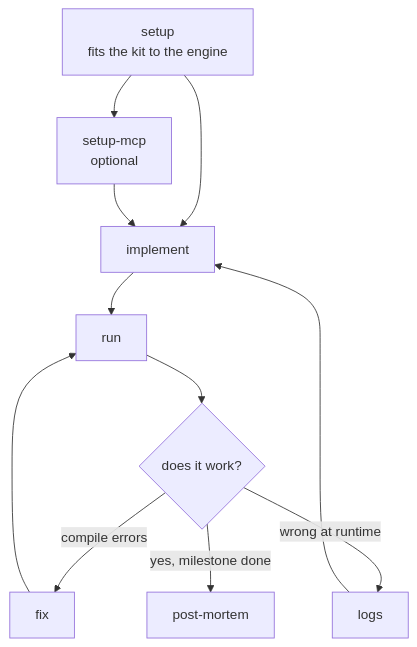
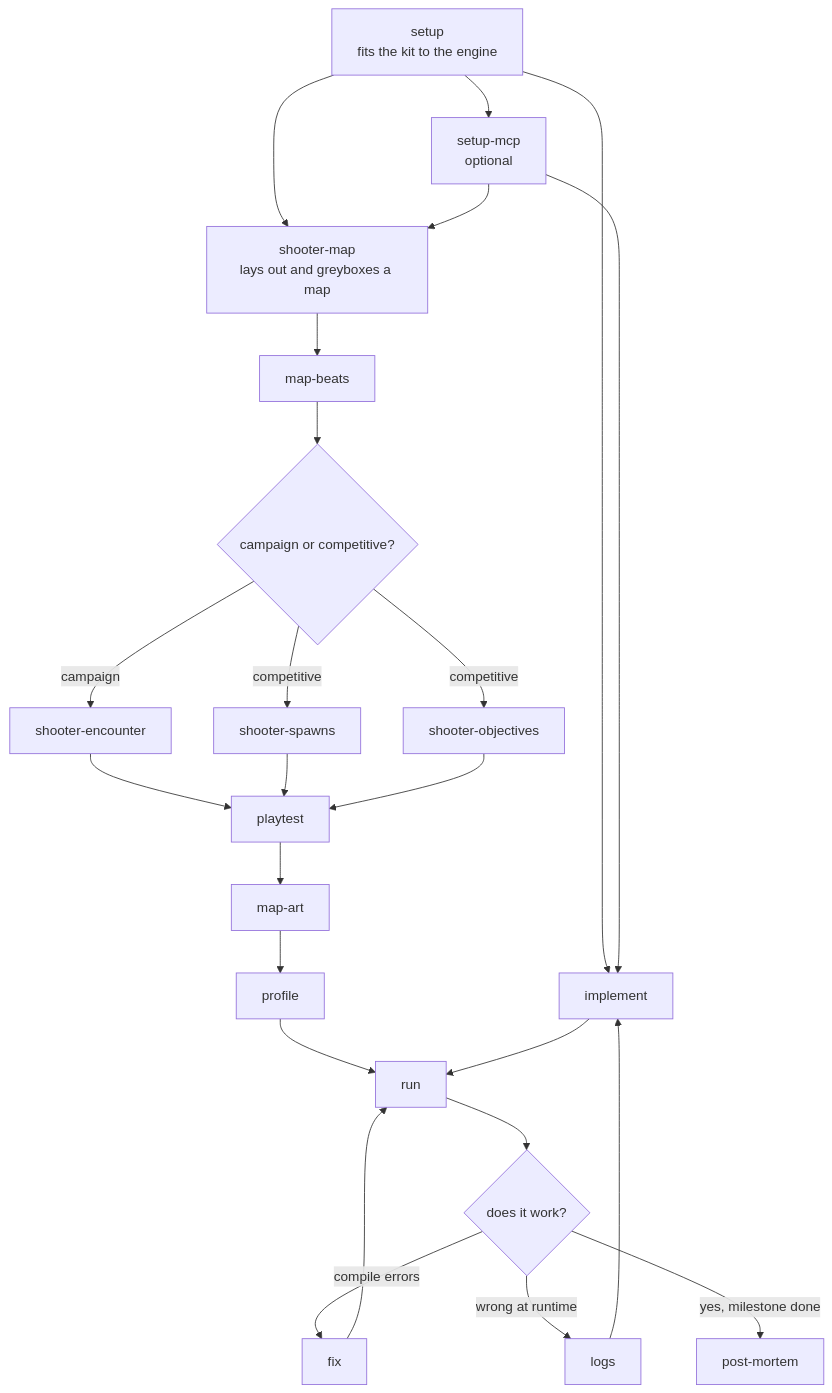
Before and after one commit to omni-stove/skill-kit: the diagram in domains/game/README.md, drawn with Mermaid. The commit also changed other lines of this file and 66 other files, not shown here.

````diff
--- a/domains/game/README.md
+++ b/domains/game/README.md
@@ -9,13 +9,26 @@
 ```mermaid
 flowchart TD
   setup[setup<br/>fits the kit to the engine] --> mcp[setup-mcp<br/>optional]
   setup --> impl[implement]
   mcp --> impl
+  setup --> map[shooter-map<br/>lays out and greyboxes a map]
+  mcp --> map
+  map --> beats[map-beats]
+  beats --> mode{campaign or competitive?}
+  mode -- "campaign" --> enc[shooter-encounter]
+  mode -- "competitive" --> spawns[shooter-spawns]
+  mode -- "competitive" --> obj[shooter-objectives]
+  enc --> pt[playtest]
+  spawns --> pt
+  obj --> pt
+  pt --> art[map-art]
+  art --> prof[profile]
+  prof --> run
   impl --> run[run]
   run --> broken{does it work?}
   broken -- "compile errors" --> fix[fix]
   broken -- "wrong at runtime" --> logs[logs]
   fix --> run
   logs --> impl
   broken -- "yes, milestone done" --> pm[post-mortem]
 ```
````
